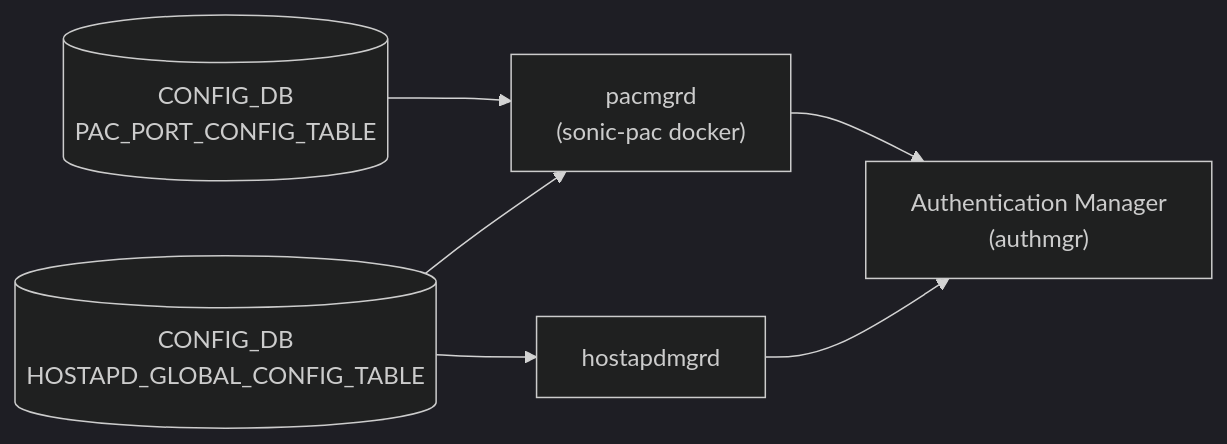
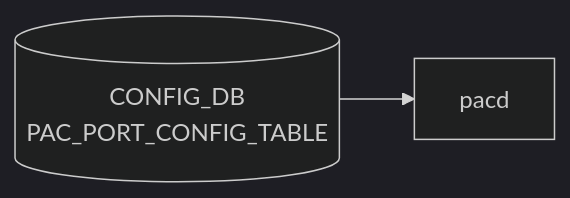
Before and after one commit to aoki-taquan/sonic-unofficial-docs: the diagram in docs/reference/config-db/dot1x.md, drawn with Mermaid (dark theme). The commit also changed other lines of this file and 359 other files, not shown here.

````diff
--- a/docs/reference/config-db/dot1x.md
+++ b/docs/reference/config-db/dot1x.md
@@ -42,11 +42,6 @@
 ```mermaid
 flowchart LR
-  CDB1[("CONFIG_DB<br/>PAC_PORT_CONFIG_TABLE")]
-  CDB2[("CONFIG_DB<br/>HOSTAPD_GLOBAL_CONFIG_TABLE")]
-  PACMGR["pacmgrd<br/>(sonic-pac docker)"]
-  HOSTAPD["hostapdmgrd"]
-  AUTHMGR["Authentication Manager<br/>(authmgr)"]
-  CDB1 --> PACMGR --> AUTHMGR
-  CDB2 --> PACMGR
-  CDB2 --> HOSTAPD --> AUTHMGR
+  CDB[("CONFIG_DB<br/>PAC_PORT_CONFIG_TABLE")]
+  DM["pacd"]
+  CDB --> DM
 ```
````
